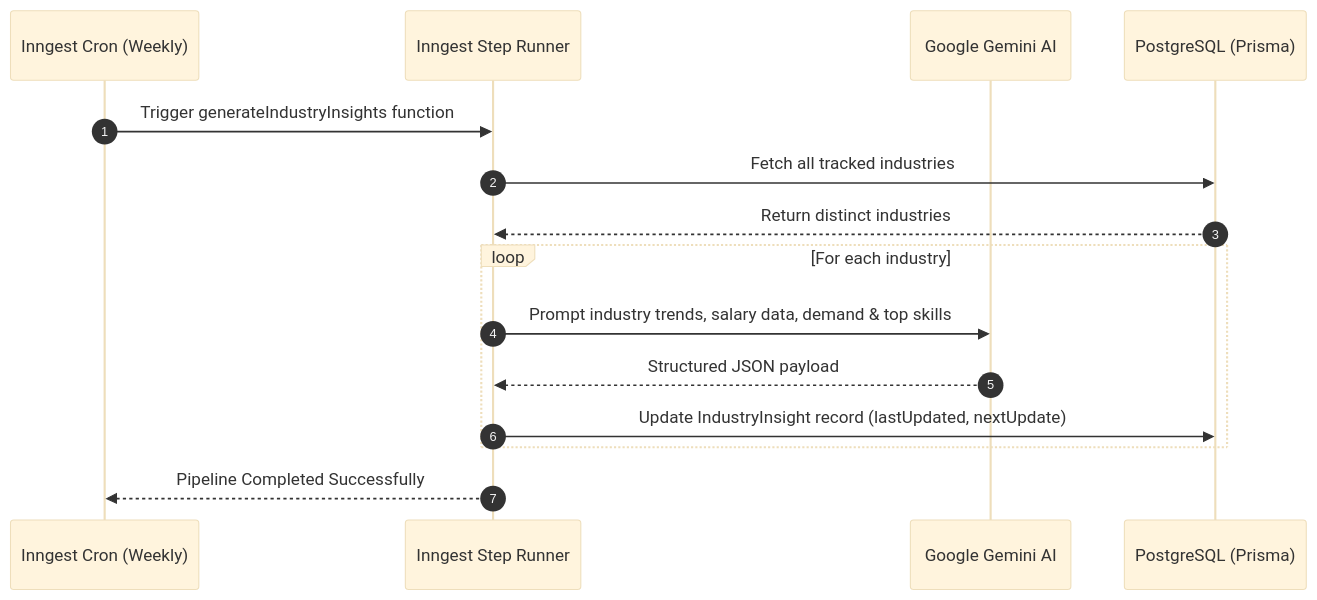
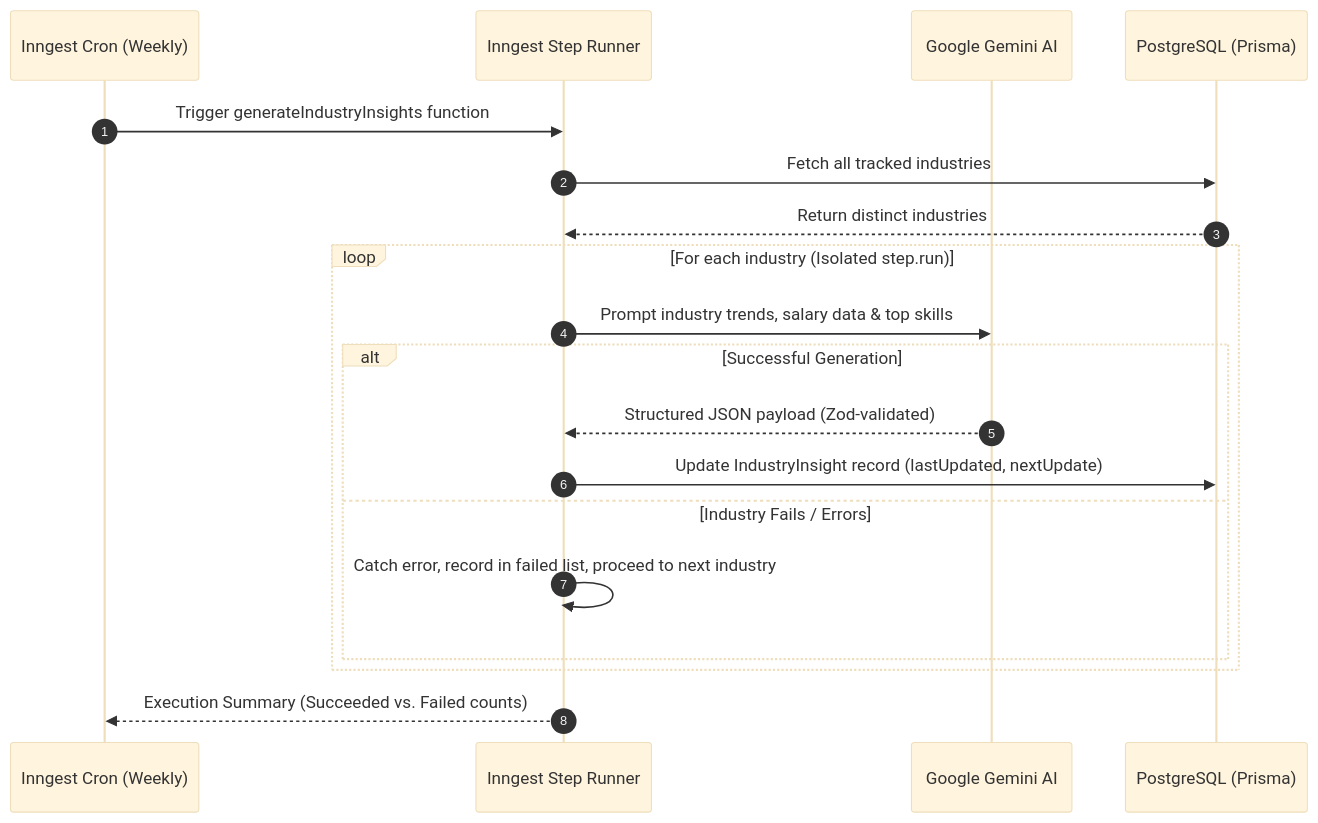
One commit to Katakam-Krupavathi/SensAI- changed the sixth of 6 diagrams in README.md. Above: the diagram before and after it, drawn with Mermaid (base theme). The commit also changed other lines of this file, not shown here.

````diff
--- a/README.md
+++ b/README.md
@@ -163,18 +264,22 @@
 ```mermaid
 sequenceDiagram
     autonumber
     participant Cron as Inngest Cron (Weekly)
     participant Inngest as Inngest Step Runner
     participant Gemini as Google Gemini AI
     participant DB as PostgreSQL (Prisma)
 
     Cron->>Inngest: Trigger generateIndustryInsights function
     Inngest->>DB: Fetch all tracked industries
     DB-->>Inngest: Return distinct industries
-    loop For each industry
-        Inngest->>Gemini: Prompt industry trends, salary data, demand & top skills
-        Gemini-->>Inngest: Structured JSON payload
-        Inngest->>DB: Update IndustryInsight record (lastUpdated, nextUpdate)
+    loop For each industry (Isolated step.run)
+        Inngest->>Gemini: Prompt industry trends, salary data & top skills
+        alt Successful Generation
+            Gemini-->>Inngest: Structured JSON payload (Zod-validated)
+            Inngest->>DB: Update IndustryInsight record (lastUpdated, nextUpdate)
+        else Industry Fails / Errors
+            Inngest->>Inngest: Catch error, record in failed list, proceed to next industry
+        end
     end
-    Inngest-->>Cron: Pipeline Completed Successfully
+    Inngest-->>Cron: Execution Summary (Succeeded vs. Failed counts)
 ```
````
